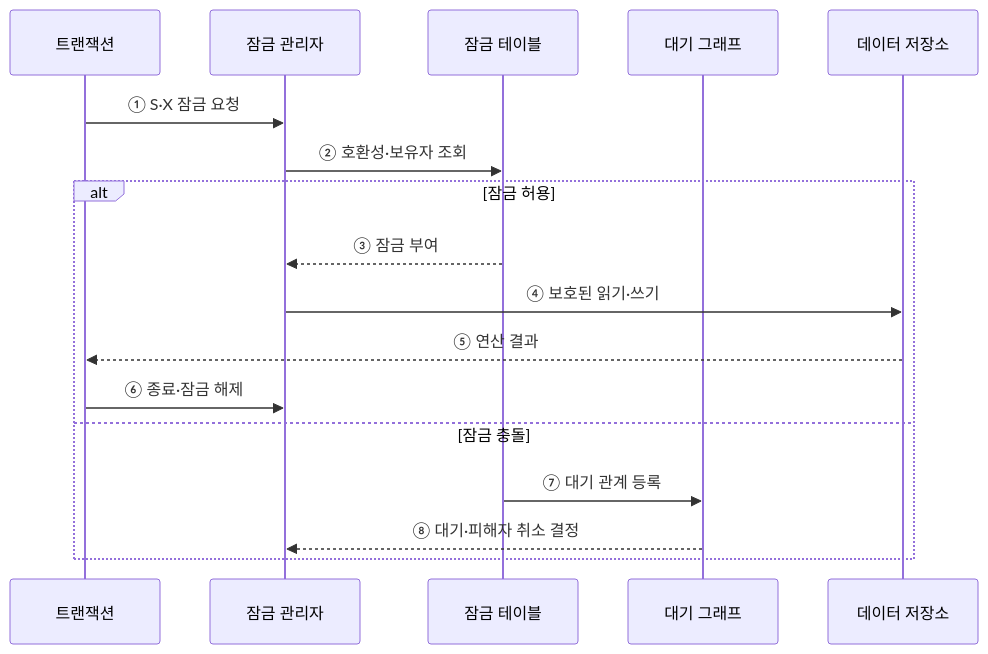
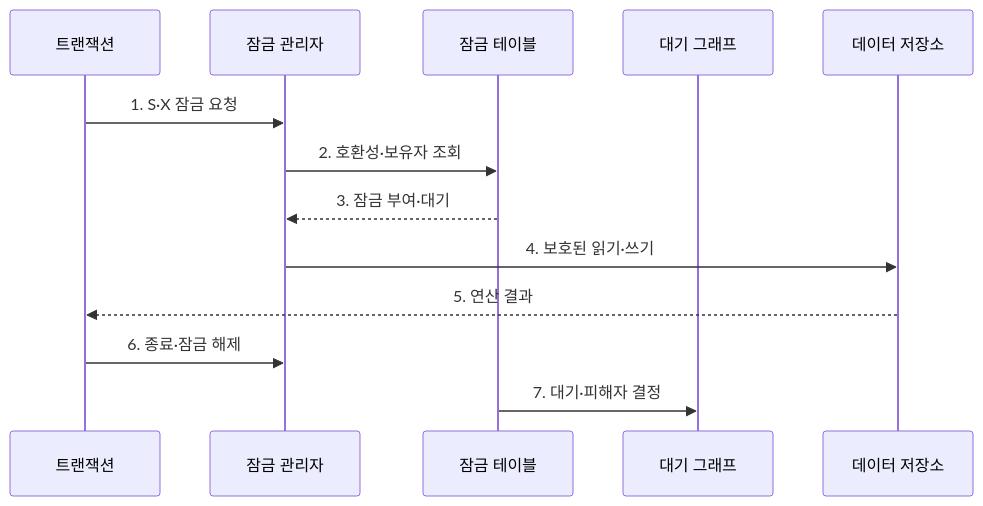
Before and after one commit to agnusdei1207/knowledge-base: the second of 2 diagrams in src/content/docs/notes/03-software/088_two_phase_locking.md, drawn with Mermaid. The commit also changed other lines of this file and 20 other files, not shown here.

````diff
--- a/src/content/docs/notes/03-software/088_two_phase_locking.md
+++ b/src/content/docs/notes/03-software/088_two_phase_locking.md
@@ -72,19 +79,15 @@
 ```mermaid
 sequenceDiagram
     participant T as 트랜잭션
     participant L as 잠금 관리자
     participant B as 잠금 테이블
     participant W as 대기 그래프
     participant D as 데이터 저장소
-    T->>L: ① S·X 잠금 요청
-    L->>B: ② 호환성·보유자 조회
-    alt 잠금 허용
-        B-->>L: ③ 잠금 부여
-        L->>D: ④ 보호된 읽기·쓰기
-        D-->>T: ⑤ 연산 결과
-        T->>L: ⑥ 종료·잠금 해제
-    else 잠금 충돌
-        B->>W: ⑦ 대기 관계 등록
-        W-->>L: ⑧ 대기·피해자 취소 결정
-    end
+    T->>L: 1. S·X 잠금 요청
+    L->>B: 2. 호환성·보유자 조회
+    B-->>L: 3. 잠금 부여·대기
+    L->>D: 4. 보호된 읽기·쓰기
+    D-->>T: 5. 연산 결과
+    T->>L: 6. 종료·잠금 해제
+    B->>W: 7. 대기·피해자 결정
 ```
````
